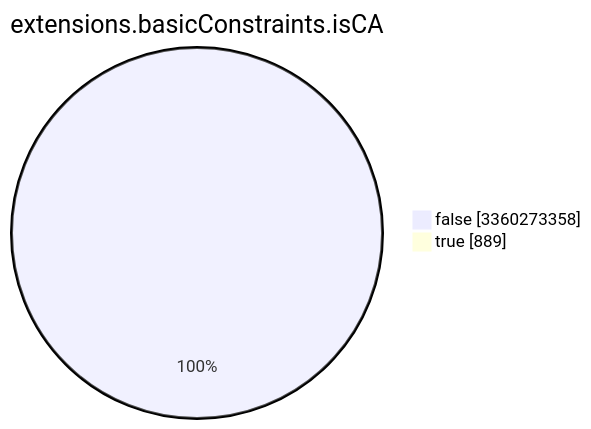
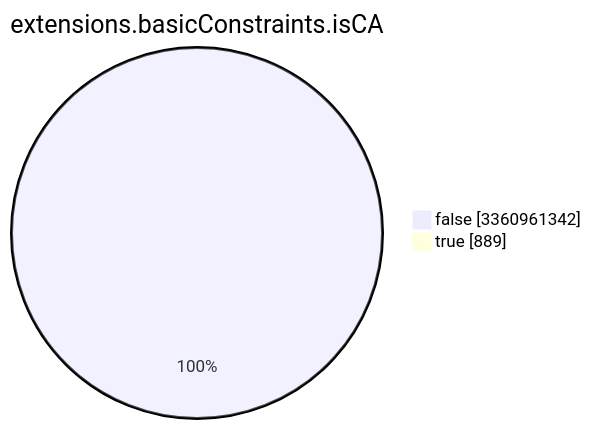
One commit to christiankrug/ctmonitor_visualization changed the seventh of 15 diagrams in TOTAL/README.md. Above: the diagram before and after it, drawn with Mermaid. The commit also changed other lines of this file, not shown here.

````diff
--- a/TOTAL/README.md
+++ b/TOTAL/README.md
@@ -3090,6 +3090,6 @@
 ```mermaid
 pie showData
 title extensions.basicConstraints.isCA
-"false" :3360273358
+"false" :3360961342
 "true" :889
 ```
````
